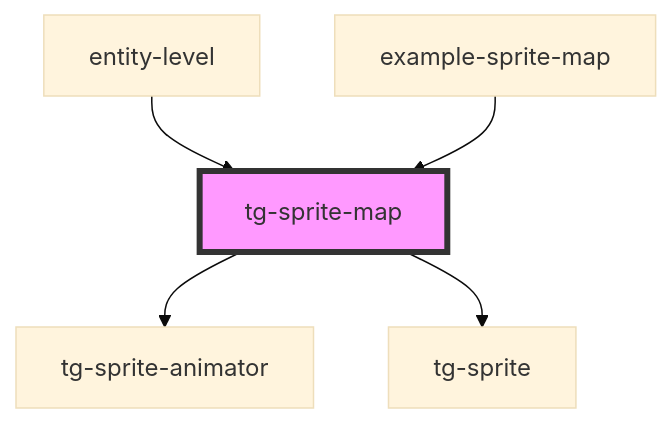
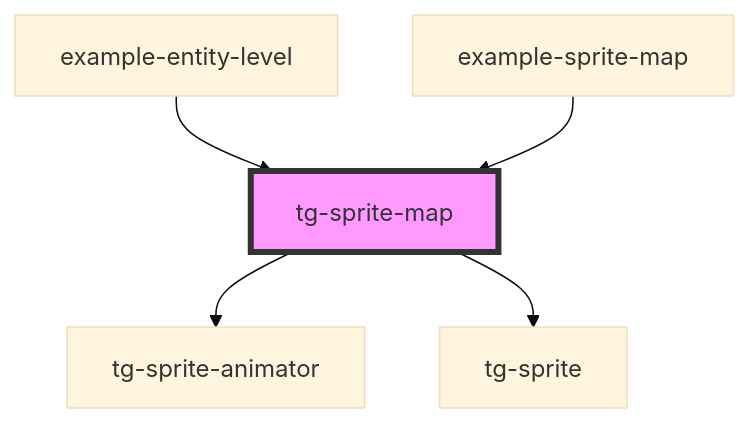
The diagram in src/components/engine/tg-sprite-map/readme.md (Scan0815/tg-engine), drawn with Mermaid (base theme) before and after one commit. The commit also changed other lines of this file and 19 other files, not shown here.

````diff
--- a/src/components/engine/tg-sprite-map/readme.md
+++ b/src/components/engine/tg-sprite-map/readme.md
@@ -36,8 +36,8 @@
 ```mermaid
 graph TD;
   tg-sprite-map --> tg-sprite-animator
   tg-sprite-map --> tg-sprite
-  entity-level --> tg-sprite-map
+  example-entity-level --> tg-sprite-map
   example-sprite-map --> tg-sprite-map
   style tg-sprite-map fill:#f9f,stroke:#333,stroke-width:4px
 ```
````
